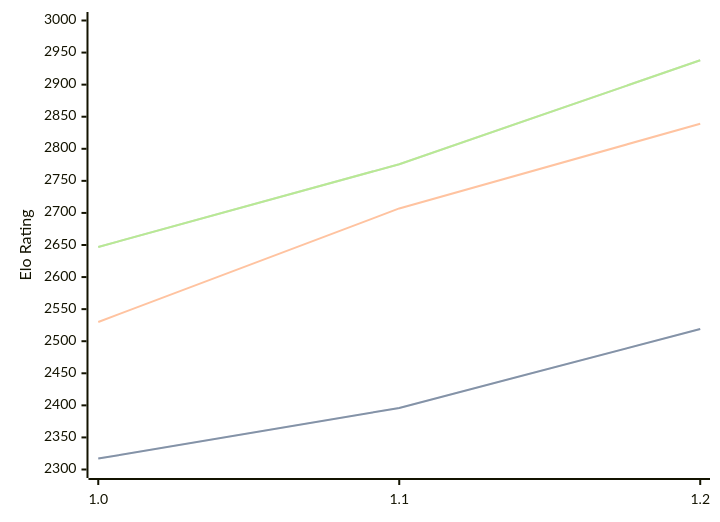
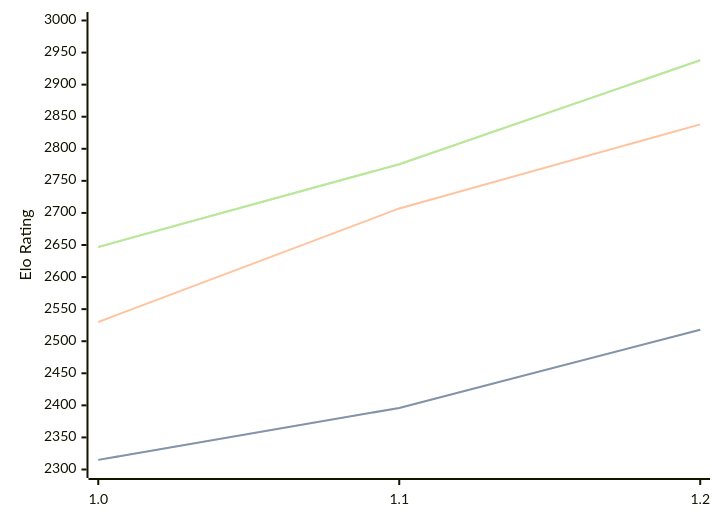
Before and after one commit to computer-chess-index/cci: the diagram in engines/FoxChess.md, drawn with Mermaid. The commit also changed other lines of this file, not shown here.

````diff
--- a/engines/FoxChess.md
+++ b/engines/FoxChess.md
@@ -33,11 +33,11 @@
 ```mermaid
 %%{init: {"theme":"base","themeVariables":{"seriesColors:['#a3a3a3','#222221','#faa371']}}}%%
 xychart-beta
   x-axis ["1.0", "1.1", "1.2"]
   y-axis "Elo Rating" 2300 --> 3000
-  line "" [2317, 2396, 2519]
-  line "STC (8.0+0.08s)" [2317, 2396, 2519]
-  line "LTC (60.0+0.60s)" [2530, 2707, 2839]
+  line "" [2315, 2396, 2518]
+  line "STC (8.0+0.08s)" [2315, 2396, 2518]
+  line "LTC (60.0+0.60s)" [2530, 2707, 2838]
   line "" [2647, 2776, 2938]
   line "VLTC (2m24s+1.12s)" [2647, 2776, 2938]
 ```
````
